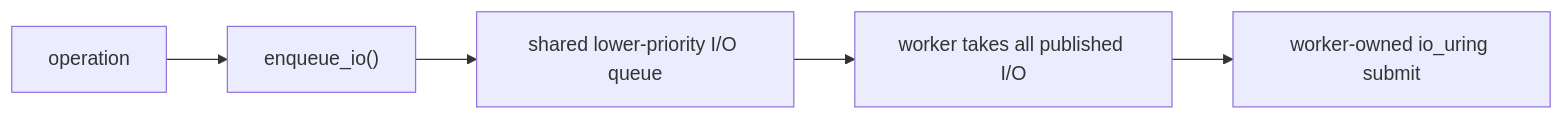
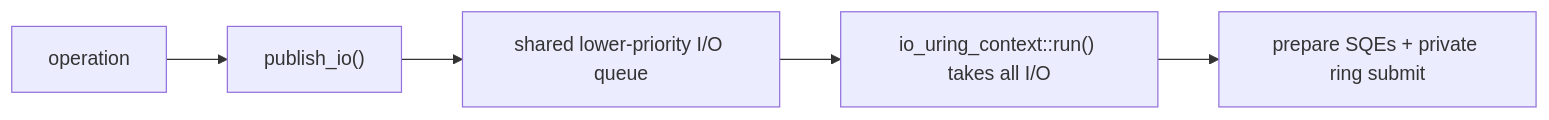
Before and after one commit to haomingbai/bnio: the first of 3 diagrams in docs/design/architecture/io-context-layer.md, drawn with Mermaid. The commit also changed other lines of this file and 42 other files, not shown here.

Commit message:
feat: thoroughly remove the positive submission on uring context

````diff
--- a/docs/design/architecture/io-context-layer.md
+++ b/docs/design/architecture/io-context-layer.md
@@ -33,7 +33,7 @@
 ```mermaid
 graph LR
-    I["operation"] --> E["enqueue_io()"]
+    I["operation"] --> E["publish_io()"]
     E --> Q["shared lower-priority I/O queue"]
-    Q --> W["worker takes all published I/O"]
-    W --> U["worker-owned io_uring submit"]
+    Q --> W["io_uring_context::run() takes all I/O"]
+    W --> U["prepare SQEs + private ring submit"]
 ```
````
